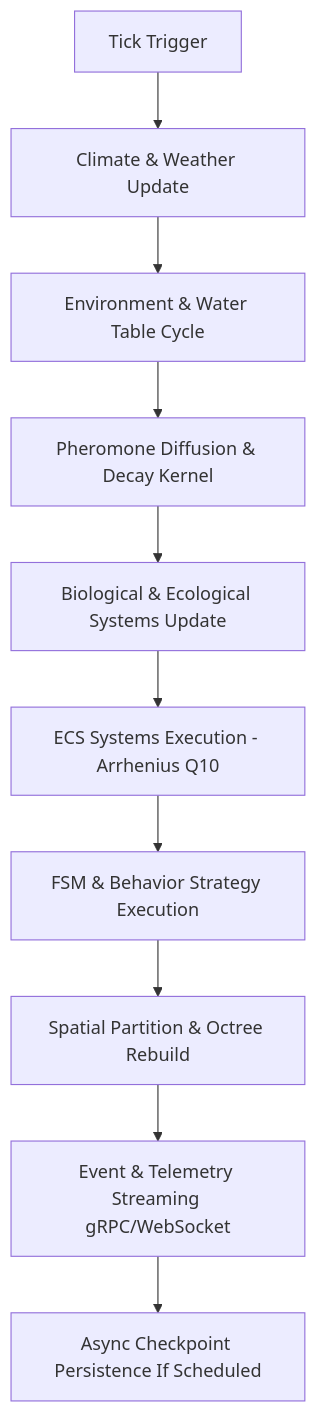
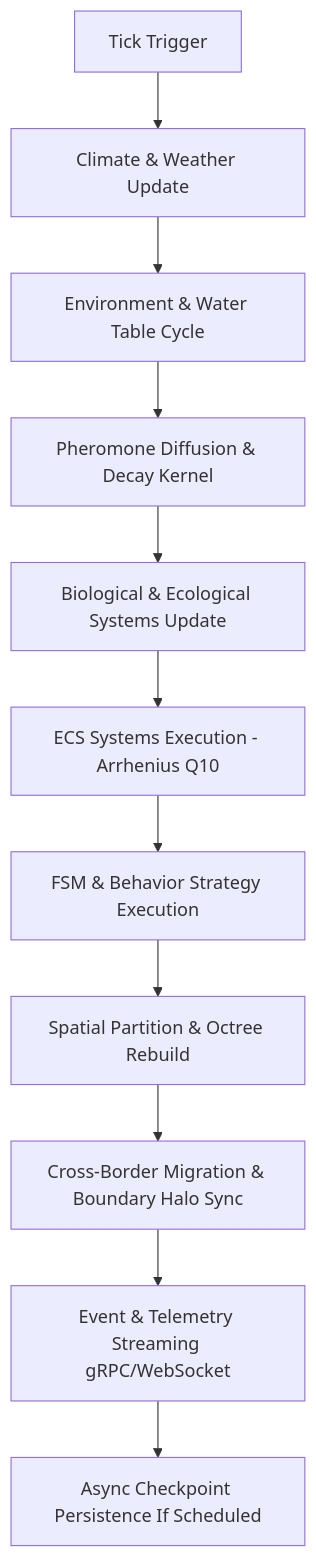
The diagram in docs/ARCHITECTURE.md (silveremartin-dev/SwarmForge), drawn with Mermaid before and after one commit. The commit also changed other lines of this file and 6 other files, not shown here.

Commit message:
docs(multinode): integrate megaterrarium architecture, add multiplayer-only scenarios and setup guide

````diff
--- a/docs/ARCHITECTURE.md
+++ b/docs/ARCHITECTURE.md
@@ -125,12 +141,13 @@
 ```mermaid
 graph TD
     A[Tick Trigger] --> B[Climate & Weather Update]
     B --> C[Environment & Water Table Cycle]
     C --> D[Pheromone Diffusion & Decay Kernel]
     D --> E[Biological & Ecological Systems Update]
     E --> F[ECS Systems Execution - Arrhenius Q10]
     F --> G[FSM & Behavior Strategy Execution]
     G --> H[Spatial Partition & Octree Rebuild]
-    H --> I[Event & Telemetry Streaming gRPC/WebSocket]
-    I --> J[Async Checkpoint Persistence If Scheduled]
+    H --> I[Cross-Border Migration & Boundary Halo Sync]
+    I --> J[Event & Telemetry Streaming gRPC/WebSocket]
+    J --> K[Async Checkpoint Persistence If Scheduled]
 ```
````
